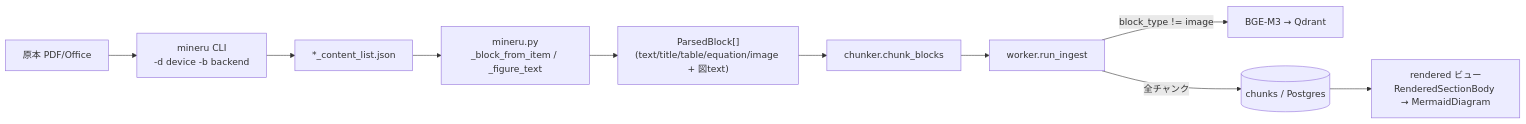
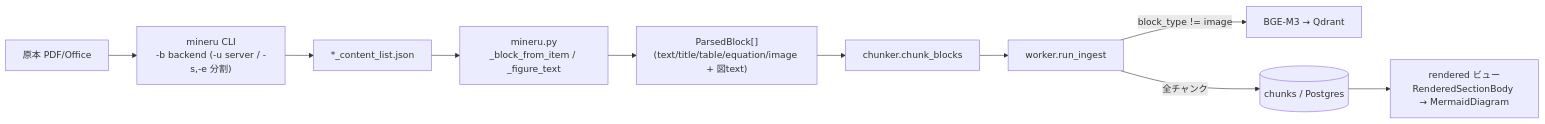
Before and after one commit to li798044887/a-rag: the first of 2 diagrams in docs/notes/parsing-and-figure-indexing.md, drawn with Mermaid. The commit also changed other lines of this file and 7 other files, not shown here.

````diff
--- a/docs/notes/parsing-and-figure-indexing.md
+++ b/docs/notes/parsing-and-figure-indexing.md
@@ -17,12 +17,12 @@
 ```mermaid
 flowchart LR
-  PDF[原本 PDF/Office] --> MIN["mineru CLI<br/>-d device -b backend"]
+  PDF[原本 PDF/Office] --> MIN["mineru CLI<br/>-b backend (-u server / -s,-e 分割)"]
   MIN --> CL["*_content_list.json"]
   CL --> NORM["mineru.py<br/>_block_from_item / _figure_text"]
   NORM --> BLK["ParsedBlock[]<br/>(text/title/table/equation/image + 図text)"]
   BLK --> CHUNK["chunker.chunk_blocks"]
   CHUNK --> WORK["worker.run_ingest"]
   WORK -->|"block_type != image"| EMB["BGE-M3 → Qdrant"]
   WORK -->|"全チャンク"| PG[(chunks / Postgres)]
   PG --> UI["rendered ビュー<br/>RenderedSectionBody → MermaidDiagram"]
 ```
````
